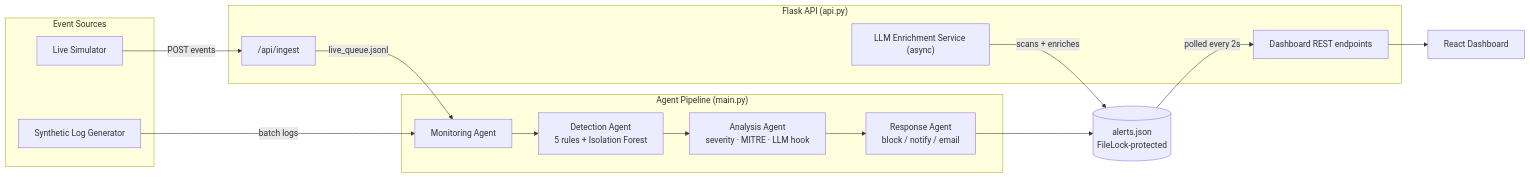
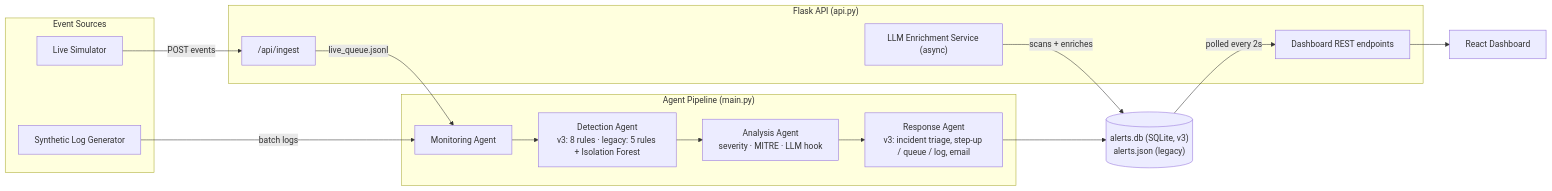
The diagram in README.md (klenam0/HybridAuthGuard), drawn with Mermaid before and after one commit. The commit also changed other lines of this file, not shown here.

Commit message:
docs(readme): Phase 5c.4 summary describes v3 rules, label-free triage, capped tiers, no ML step; legacy mode and its label-filtered model.pkl

````diff
--- a/README.md
+++ b/README.md
@@ -80,30 +87,30 @@
 ```mermaid
 flowchart LR
     subgraph Sources["Event Sources"]
         SIM[Live Simulator]
         GEN[Synthetic Log Generator]
     end
 
     subgraph API["Flask API (api.py)"]
         INGEST["/api/ingest"]
         ROUTES["Dashboard REST endpoints"]
         LLMSVC["LLM Enrichment Service (async)"]
     end
 
     subgraph Pipeline["Agent Pipeline (main.py)"]
         MON[Monitoring Agent]
-        DET["Detection Agent<br/>5 rules + Isolation Forest"]
+        DET["Detection Agent<br/>v3: 8 rules · legacy: 5 rules + Isolation Forest"]
         ANA["Analysis Agent<br/>severity · MITRE · LLM hook"]
-        RESP["Response Agent<br/>block / notify / email"]
+        RESP["Response Agent<br/>v3: incident triage, step-up / queue / log, email"]
     end
 
-    STORE[("alerts.json<br/>FileLock-protected")]
+    STORE[("alerts.db (SQLite, v3)<br/>alerts.json (legacy)")]
     DASH[React Dashboard]
 
     SIM -->|POST events| INGEST
     GEN -->|batch logs| MON
     INGEST -->|live_queue.jsonl| MON
     MON --> DET --> ANA --> RESP --> STORE
     LLMSVC -->|scans + enriches| STORE
     STORE -->|polled every 2s| ROUTES --> DASH
 ```
````
